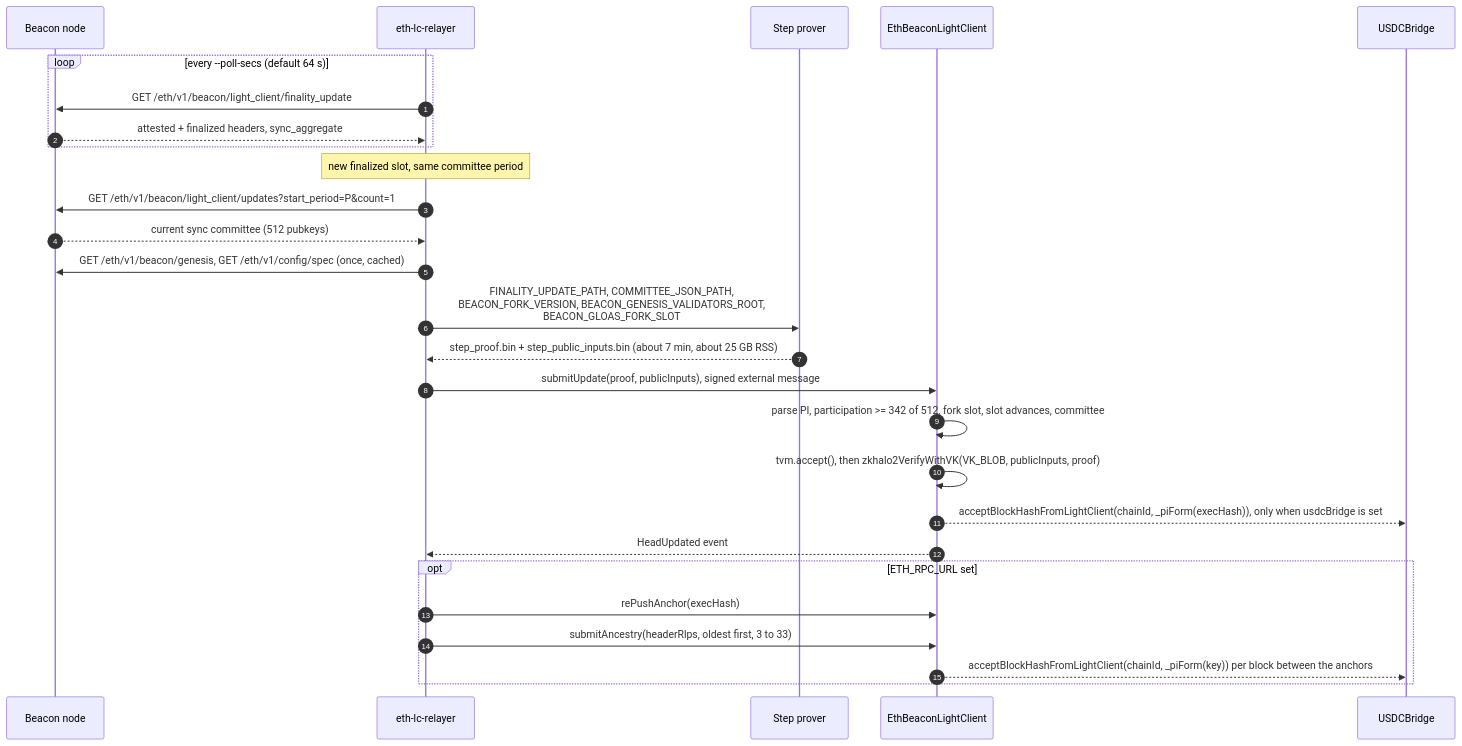
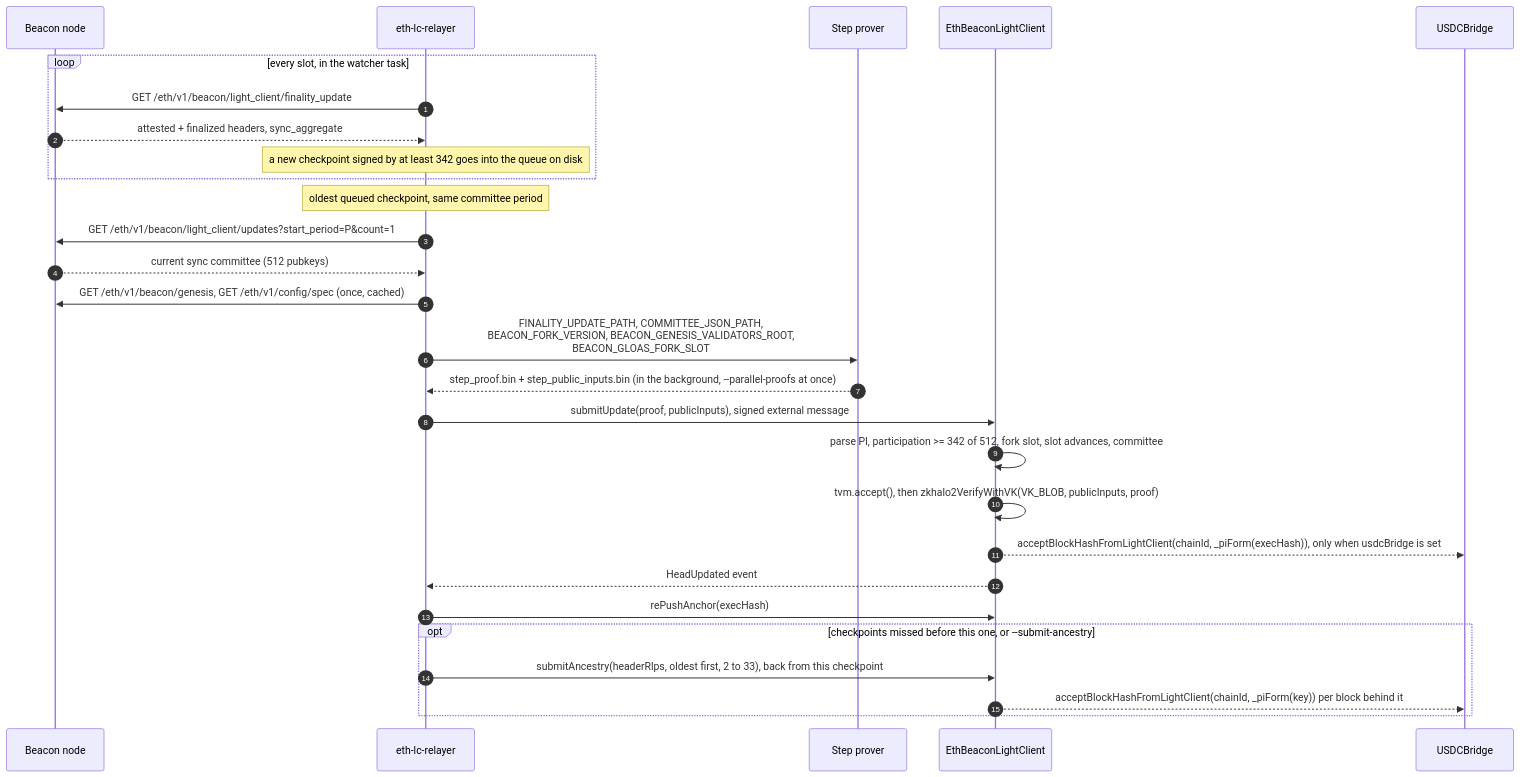
One commit to gosh-sh/bridge changed the second of 5 diagrams in docs/eth-light-client.md. Above: the diagram before and after it, drawn with Mermaid. The commit also changed other lines of this file and 32 other files, not shown here.

First line of the commit message:
Light client proves every checkpoint and keeps hashes 14 days; arbitrum-anchors sends the span its assertion needs (bridge-audit#154) (#164)

````diff
--- a/docs/eth-light-client.md
+++ b/docs/eth-light-client.md
@@ -100,29 +125,30 @@
 ```mermaid
 sequenceDiagram
   autonumber
   participant B as Beacon node
   participant R as eth-lc-relayer
   participant P as Step prover
   participant LC as EthBeaconLightClient
   participant UB as USDCBridge
-  loop every --poll-secs (default 64 s)
+  loop every slot, in the watcher task
     R->>B: GET /eth/v1/beacon/light_client/finality_update
     B-->>R: attested + finalized headers, sync_aggregate
+    Note over R: a new checkpoint signed by at least 342 goes into the queue on disk
   end
-  Note over R: new finalized slot, same committee period
+  Note over R: oldest queued checkpoint, same committee period
   R->>B: GET /eth/v1/beacon/light_client/updates?start_period=P&count=1
   B-->>R: current sync committee (512 pubkeys)
   R->>B: GET /eth/v1/beacon/genesis, GET /eth/v1/config/spec (once, cached)
   R->>P: FINALITY_UPDATE_PATH, COMMITTEE_JSON_PATH,<br/>BEACON_FORK_VERSION, BEACON_GENESIS_VALIDATORS_ROOT,<br/>BEACON_GLOAS_FORK_SLOT
-  P-->>R: step_proof.bin + step_public_inputs.bin (about 7 min, about 25 GB RSS)
+  P-->>R: step_proof.bin + step_public_inputs.bin (in the background, --parallel-proofs at once)
   R->>LC: submitUpdate(proof, publicInputs), signed external message
   LC->>LC: parse PI, participation >= 342 of 512, fork slot, slot advances, committee
   LC->>LC: tvm.accept(), then zkhalo2VerifyWithVK(VK_BLOB, publicInputs, proof)
   LC-->>UB: acceptBlockHashFromLightClient(chainId, _piForm(execHash)), only when usdcBridge is set
   LC-->>R: HeadUpdated event
-  opt ETH_RPC_URL set
-    R->>LC: rePushAnchor(execHash)
-    R->>LC: submitAncestry(headerRlps, oldest first, 3 to 33)
-    LC-->>UB: acceptBlockHashFromLightClient(chainId, _piForm(key)) per block between the anchors
+  R->>LC: rePushAnchor(execHash)
+  opt checkpoints missed before this one, or --submit-ancestry
+    R->>LC: submitAncestry(headerRlps, oldest first, 2 to 33), back from this checkpoint
+    LC-->>UB: acceptBlockHashFromLightClient(chainId, _piForm(key)) per block behind it
   end
 ```
````
